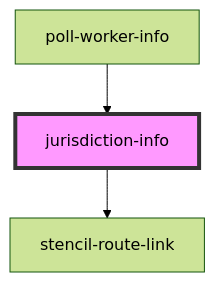
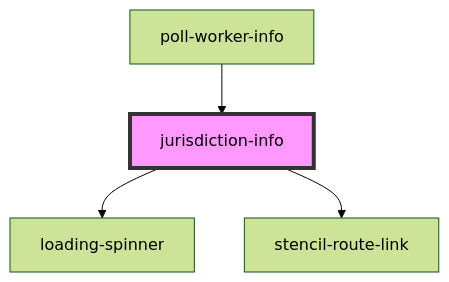
The diagram in power-the-polls-form/src/components/jurisdiction-info/readme.md (pizza-to-the-polls/power-the-polls), drawn with Mermaid (forest theme) before and after one commit. The commit also changed other lines of this file and 5 other files, not shown here.

````diff
--- a/power-the-polls-form/src/components/jurisdiction-info/readme.md
+++ b/power-the-polls-form/src/components/jurisdiction-info/readme.md
@@ -26,6 +27,7 @@
 ```mermaid
 graph TD;
+  jurisdiction-info --> loading-spinner
   jurisdiction-info --> stencil-route-link
   poll-worker-info --> jurisdiction-info
   style jurisdiction-info fill:#f9f,stroke:#333,stroke-width:4px
 ```
````
